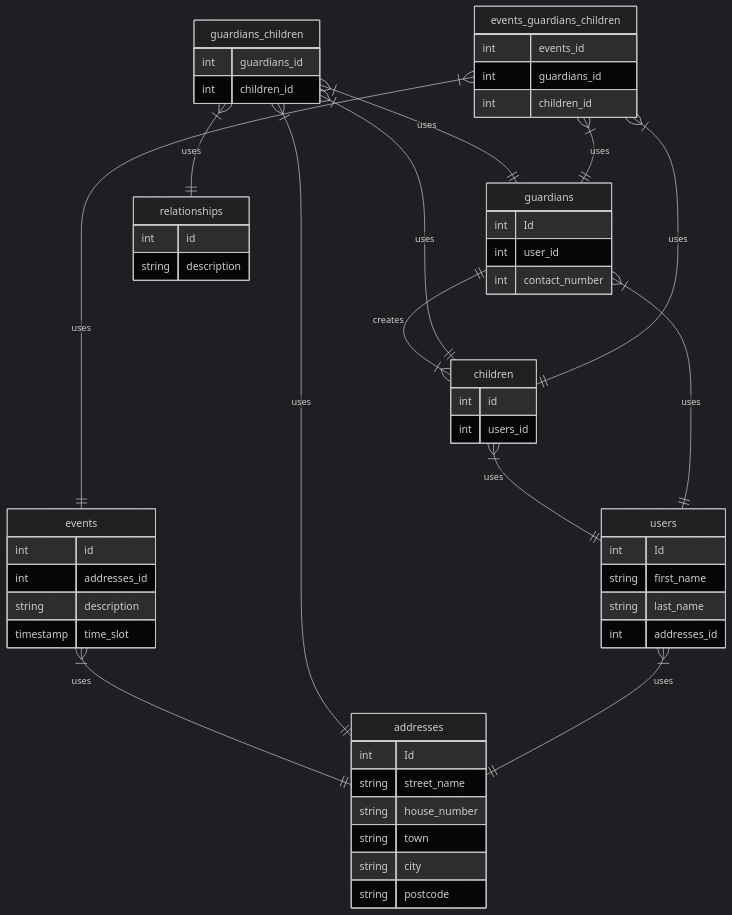
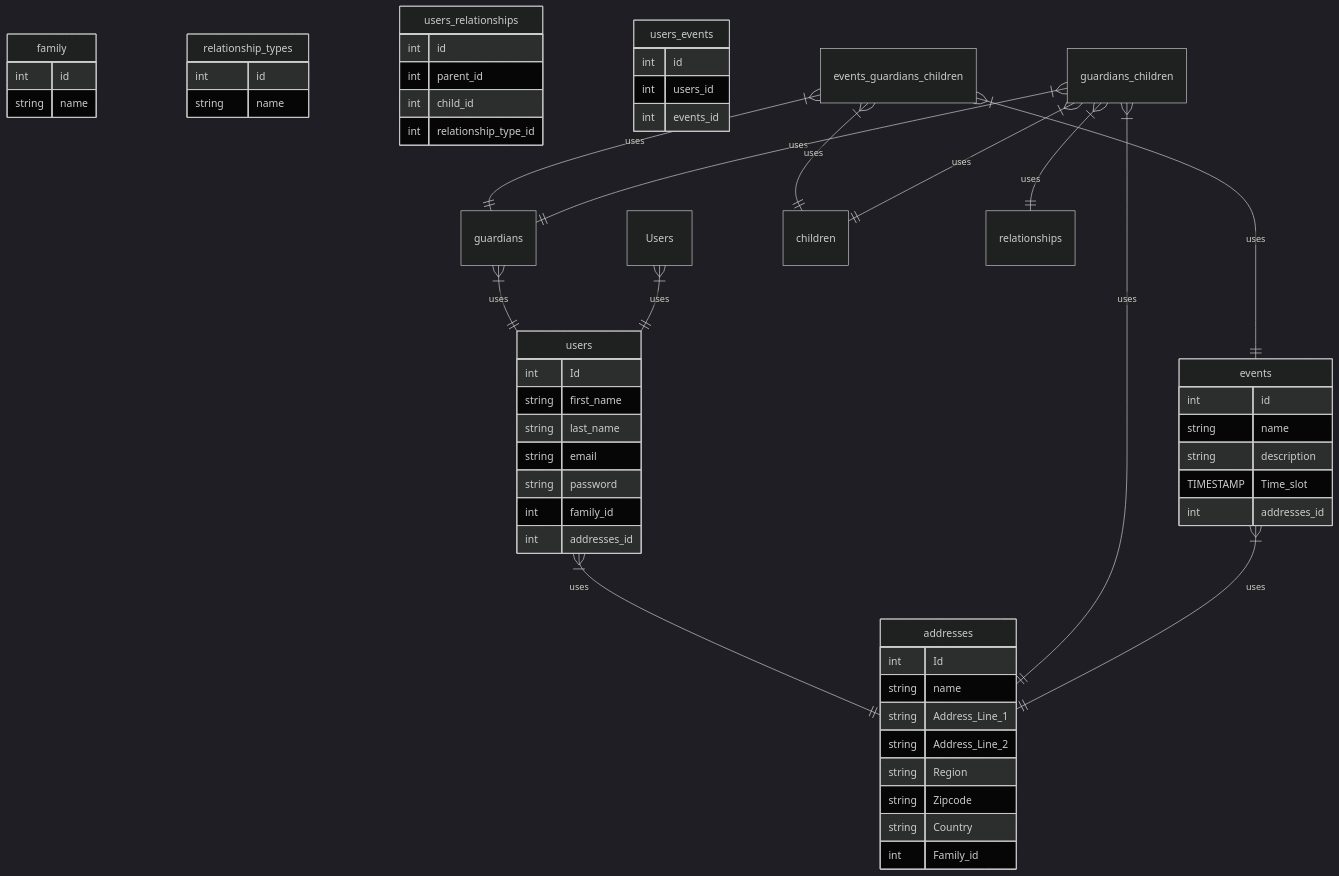
The second of 2 diagrams in README.md (ChrisUno/Childcare), drawn with Mermaid before and after one commit. The commit also changed other lines of this file, not shown here.

````diff
--- a/README.md
+++ b/README.md
@@ -46,63 +45,66 @@
 ``` mermaid
 %%{init: {'theme': 'dark' } }%%
 
 erDiagram
 
-    guardians {
-        int Id
-        int user_id
-        int contact_number
+
+    family {
+        int id
+        string name
     }
-    relationships {
+    relationship_types {
         int id
-        string description
+        string name
     }
-    children {
+    users_relationships {
         int id
-        int users_id
-    }
-    guardians_children {
-        int guardians_id
-        int children_id
+        int parent_id
+        int child_id
+        int relationship_type_id
     }
     events {
         int id
+        string name
+        string description
+        TIMESTAMP Time_slot
         int addresses_id
-        string description
-        timestamp time_slot
     }
-    events_guardians_children {
+    users_events {
+        int id
+        int users_id
         int events_id
-        int guardians_id
-        int children_id
         
     }
     addresses {
         int Id
-        string street_name
-        string house_number
-        string town
-        string city
-        string postcode
+        string name
+        string Address_Line_1
+        string Address_Line_2
+        string Region
+        string Zipcode
+        string Country
+        int Family_id
     }
     users {
         int Id
         string first_name
         string last_name
+        string email
+        string password
+        int family_id
         int addresses_id
     }
 
-    guardians ||--|{ children: "creates"
-    children }|--|| users: "uses"
+    Users }|--|| users: "uses"
     events }|--|| addresses: "uses"
     guardians }|--|| users: "uses"
     guardians_children }|--|| guardians: "uses"
     guardians_children }|--|| children: "uses"
     guardians_children }|--|| addresses: "uses"
     guardians_children }|--|| relationships: "uses"
     users }|--|| addresses: "uses"
     events_guardians_children }|--|| guardians: "uses"
     events_guardians_children }|--|| events: "uses"
     events_guardians_children }|--|| children: "uses"
 
 ```
````
